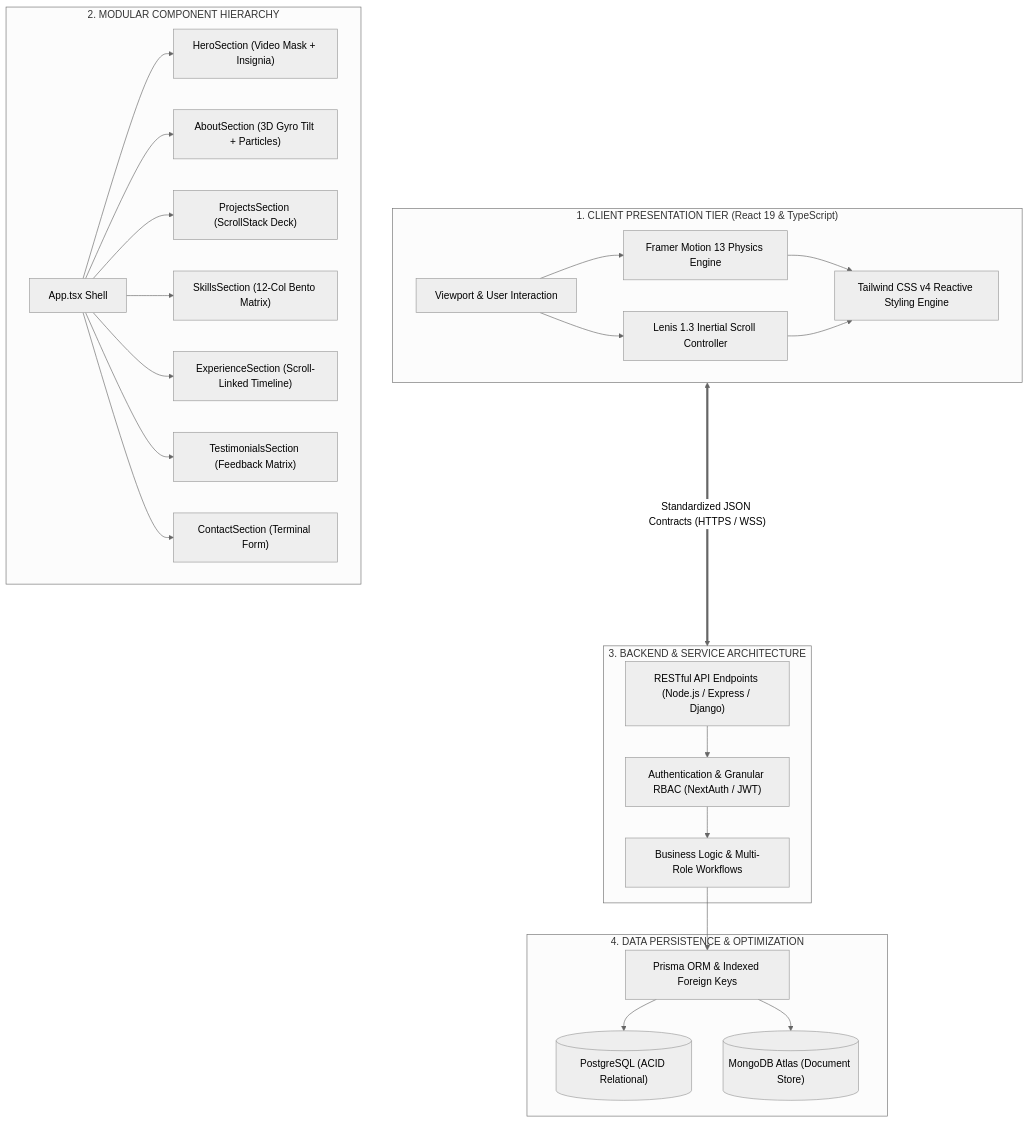
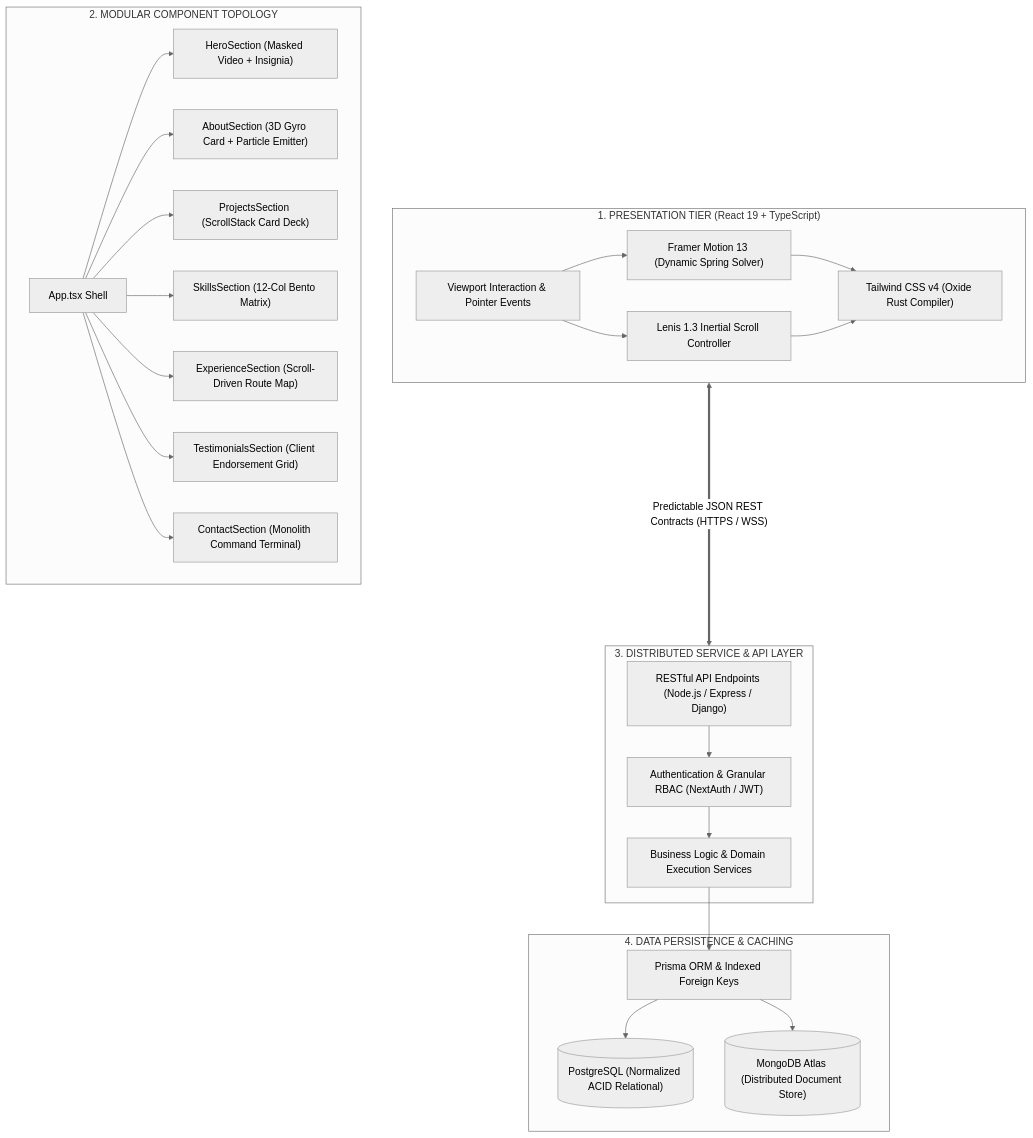
Before and after one commit to kenenisabeyan/Cinematic-pro: the first of 4 diagrams in README.md, drawn with Mermaid (neutral theme). The commit also changed other lines of this file, not shown here.

````diff
--- a/README.md
+++ b/README.md
@@ -42,54 +72,53 @@
 ```mermaid
 flowchart TD
-    subgraph ClientTier ["1. CLIENT PRESENTATION TIER (React 19 & TypeScript)"]
-        UI["Viewport & User Interaction"]
-        Motion["Framer Motion 13 Physics Engine"]
-        LenisScroll["Lenis 1.3 Inertial Scroll Controller"]
-        TailwindCSS["Tailwind CSS v4 Reactive Styling Engine"]
-        
-        UI --> Motion
-        UI --> LenisScroll
-        Motion --> TailwindCSS
-        LenisScroll --> TailwindCSS
+    subgraph ClientPresentation ["1. PRESENTATION TIER (React 19 + TypeScript)"]
+        Viewport["Viewport Interaction & Pointer Events"]
+        FramerEngine["Framer Motion 13 (Dynamic Spring Solver)"]
+        VirtualScroll["Lenis 1.3 Inertial Scroll Controller"]
+        TailwindEngine["Tailwind CSS v4 (Oxide Rust Compiler)"]
+
+        Viewport --> FramerEngine
+        Viewport --> VirtualScroll
+        FramerEngine --> TailwindEngine
+        VirtualScroll --> TailwindEngine
     end
 
-    subgraph ComponentTree ["2. MODULAR COMPONENT HIERARCHY"]
-        App["App.tsx Shell"]
-        Hero["HeroSection (Video Mask + Insignia)"]
-        About["AboutSection (3D Gyro Tilt + Particles)"]
-        Projects["ProjectsSection (ScrollStack Deck)"]
-        Skills["SkillsSection (12-Col Bento Matrix)"]
-        Experience["ExperienceSection (Scroll-Linked Timeline)"]
-        Testimonials["TestimonialsSection (Feedback Matrix)"]
-        Contact["ContactSection (Terminal Form)"]
+    subgraph ComponentAssembly ["2. MODULAR COMPONENT TOPOLOGY"]
+        RootShell["App.tsx Shell"]
+        HeroModule["HeroSection (Masked Video + Insignia)"]
+        AboutModule["AboutSection (3D Gyro Card + Particle Emitter)"]
+        ProjectsModule["ProjectsSection (ScrollStack Card Deck)"]
+        SkillsModule["SkillsSection (12-Col Bento Matrix)"]
+        TimelineModule["ExperienceSection (Scroll-Driven Route Map)"]
+        ReviewModule["TestimonialsSection (Client Endorsement Grid)"]
+        ContactModule["ContactSection (Monolith Command Terminal)"]
 
-        App --> Hero
-        App --> About
-        App --> Projects
-        App --> Skills
-        App --> Experience
-        App --> Testimonials
-        App --> Contact
+        RootShell --> HeroModule
+        RootShell --> AboutModule
+        RootShell --> ProjectsModule
+        RootShell --> SkillsModule
+        RootShell --> TimelineModule
+        RootShell --> ReviewModule
+        RootShell --> ContactModule
     end
 
-    subgraph ServiceTier ["3. BACKEND & SERVICE ARCHITECTURE"]
-        API["RESTful API Endpoints (Node.js / Express / Django)"]
-        Auth["Authentication & Granular RBAC (NextAuth / JWT)"]
-        BusinessLogic["Business Logic & Multi-Role Workflows"]
-        
-        API --> Auth
-        Auth --> BusinessLogic
+    subgraph ServiceLayer ["3. DISTRIBUTED SERVICE & API LAYER"]
+        APIGateway["RESTful API Endpoints (Node.js / Express / Django)"]
+        AuthBoundary["Authentication & Granular RBAC (NextAuth / JWT)"]
+        DomainCore["Business Logic & Domain Execution Services"]
+
+        APIGateway --> AuthBoundary --> DomainCore
     end
 
-    subgraph DataTier ["4. DATA PERSISTENCE & OPTIMIZATION"]
-        PG[("PostgreSQL (ACID Relational)")]
-        Mongo[("MongoDB Atlas (Document Store)")]
-        Prisma["Prisma ORM & Indexed Foreign Keys"]
-        
-        BusinessLogic --> Prisma
-        Prisma --> PG
-        Prisma --> Mongo
+    subgraph PersistenceLayer ["4. DATA PERSISTENCE & CACHING"]
+        PostgresDB[("PostgreSQL (Normalized ACID Relational)")]
+        MongoDBAtlas[("MongoDB Atlas (Distributed Document Store)")]
+        PrismaData["Prisma ORM & Indexed Foreign Keys"]
+
+        DomainCore --> PrismaData
+        PrismaData --> PostgresDB
+        PrismaData --> MongoDBAtlas
     end
 
-    ClientTier <== "Standardized JSON Contracts (HTTPS / WSS)" ==> ServiceTier
+    ClientPresentation <== "Predictable JSON REST Contracts (HTTPS / WSS)" ==> ServiceLayer
 ```
````
